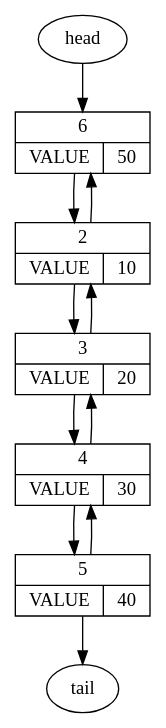
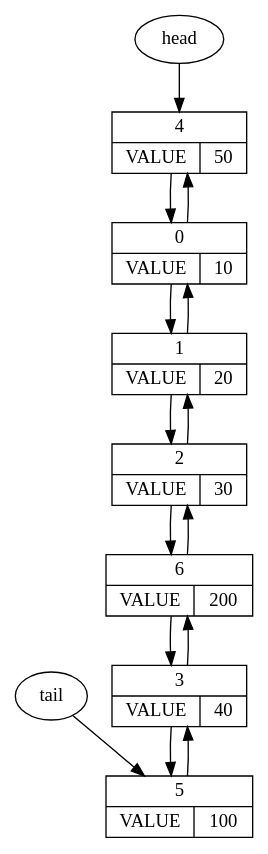
Before and after one commit to fckxorg/LinkedListArrays: the diagram in cmake-build-debug/dump.dot, drawn with Graphviz. The commit also changed 8 other files, not shown here.

```diff
--- a/cmake-build-debug/dump.dot
+++ b/cmake-build-debug/dump.dot
@@ -1,17 +1,23 @@
 digraph {
-node6[label="{{6}|{VALUE | 50}}",shape=record];
-node2[label="{{2}|{VALUE | 10}}",shape=record];
+node4[label="{{4}|{VALUE | 50}}",shape=record];
+node0[label="{{0}|{VALUE | 10}}",shape=record];
+node0 -> node4;
+node4 -> node0;
+node1[label="{{1}|{VALUE | 20}}",shape=record];
+node1 -> node0;
+node0 -> node1;
+node2[label="{{2}|{VALUE | 30}}",shape=record];
+node2 -> node1;
+node1 -> node2;
+node6[label="{{6}|{VALUE | 200}}",shape=record];
+node6 -> node2;
 node2 -> node6;
-node6 -> node2;
-node3[label="{{3}|{VALUE | 20}}",shape=record];
-node3 -> node2;
-node2 -> node3;
-node4[label="{{4}|{VALUE | 30}}",shape=record];
-node4 -> node3;
-node3 -> node4;
-node5[label="{{5}|{VALUE | 40}}",shape=record];
-node5 -> node4;
-node4 -> node5;
-head -> node6;
-node5 -> tail;
+node3[label="{{3}|{VALUE | 40}}",shape=record];
+node3 -> node6;
+node6 -> node3;
+node5[label="{{5}|{VALUE | 100}}",shape=record];
+node5 -> node3;
+node3 -> node5;
+head -> node4;
+tail -> node5;
 }
```
